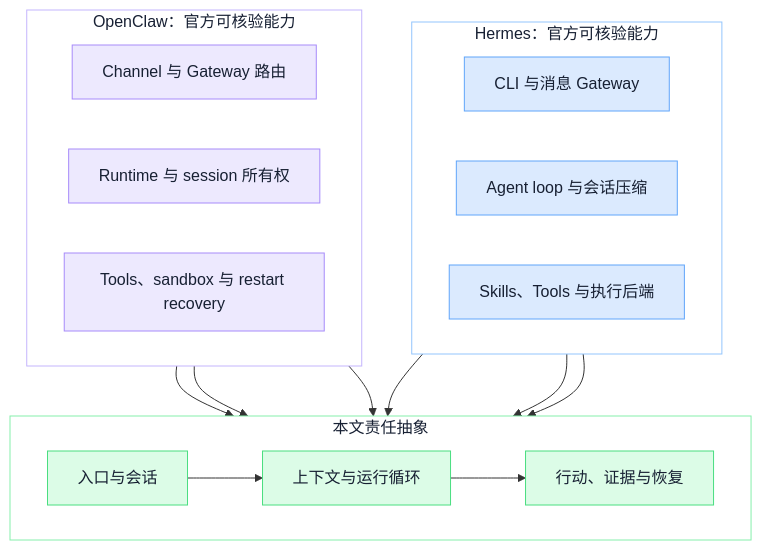
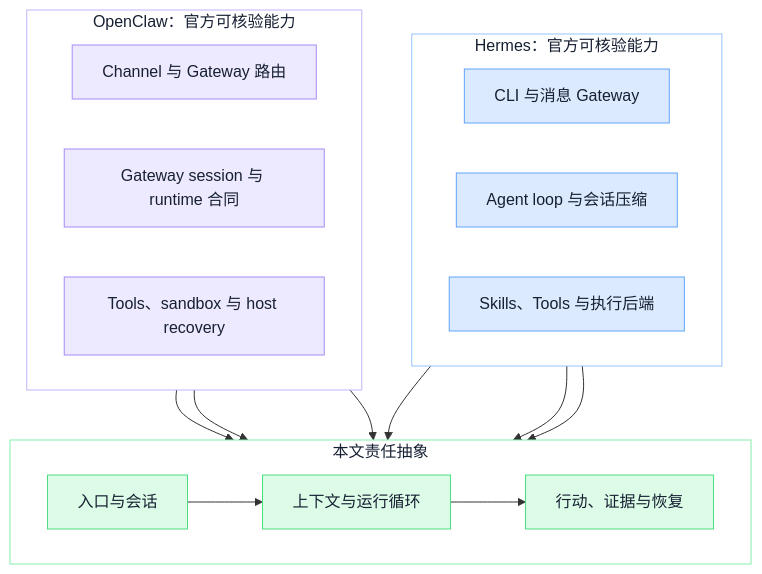
Before and after one commit to ink-hz/AI-Agent-Platform: the second of 3 diagrams in backend/app/ai_notes/content/03-tools-and-frameworks/02-open-source-agent-runtime.md, drawn with Mermaid. The commit also changed other lines of this file and 2 other files, not shown here.

Commit message:
fix(ai-notes): clarify open source runtime boundaries

````diff
--- a/backend/app/ai_notes/content/03-tools-and-frameworks/02-open-source-agent-runtime.md
+++ b/backend/app/ai_notes/content/03-tools-and-frameworks/02-open-source-agent-runtime.md
@@ -117,42 +121,42 @@
 ```mermaid
 flowchart TB
     accTitle: Hermes 与 OpenClaw 能力责任映射
     accDescr: Hermes 与 OpenClaw 的官方可核验能力分别进入本文责任抽象，共同问题不代表等价实现。
 
     subgraph HFACT["Hermes：官方可核验能力"]
         direction LR
         H1[CLI 与消息 Gateway]
         H2[Agent loop 与会话压缩]
         H3[Skills、Tools 与执行后端]
     end
     subgraph OFACT["OpenClaw：官方可核验能力"]
         direction LR
         O1[Channel 与 Gateway 路由]
-        O2[Runtime 与 session 所有权]
-        O3[Tools、sandbox 与 restart recovery]
+        O2[Gateway session 与 runtime 合同]
+        O3[Tools、sandbox 与 host recovery]
     end
     subgraph ABSTRACT["本文责任抽象"]
         direction LR
         A1[入口与会话]
         A2[上下文与运行循环]
         A3[行动、证据与恢复]
     end
 
     H1 --> A1
     H2 --> A2
     H3 --> A3
     O1 --> A1
     O2 --> A2
     O3 --> A3
     A1 --> A2 --> A3
 
     classDef hermes fill:#DBEAFE,stroke:#60A5FA,color:#172033;
     classDef openclaw fill:#EDE9FE,stroke:#A78BFA,color:#172033;
     classDef abstract fill:#DCFCE7,stroke:#4ADE80,color:#172033;
     class H1,H2,H3 hermes;
     class O1,O2,O3 openclaw;
     class A1,A2,A3 abstract;
     style HFACT fill:#FFFFFF,stroke:#93C5FD,color:#172033;
     style OFACT fill:#FFFFFF,stroke:#C4B5FD,color:#172033;
     style ABSTRACT fill:#FFFFFF,stroke:#86EFAC,color:#172033;
 ```
````
